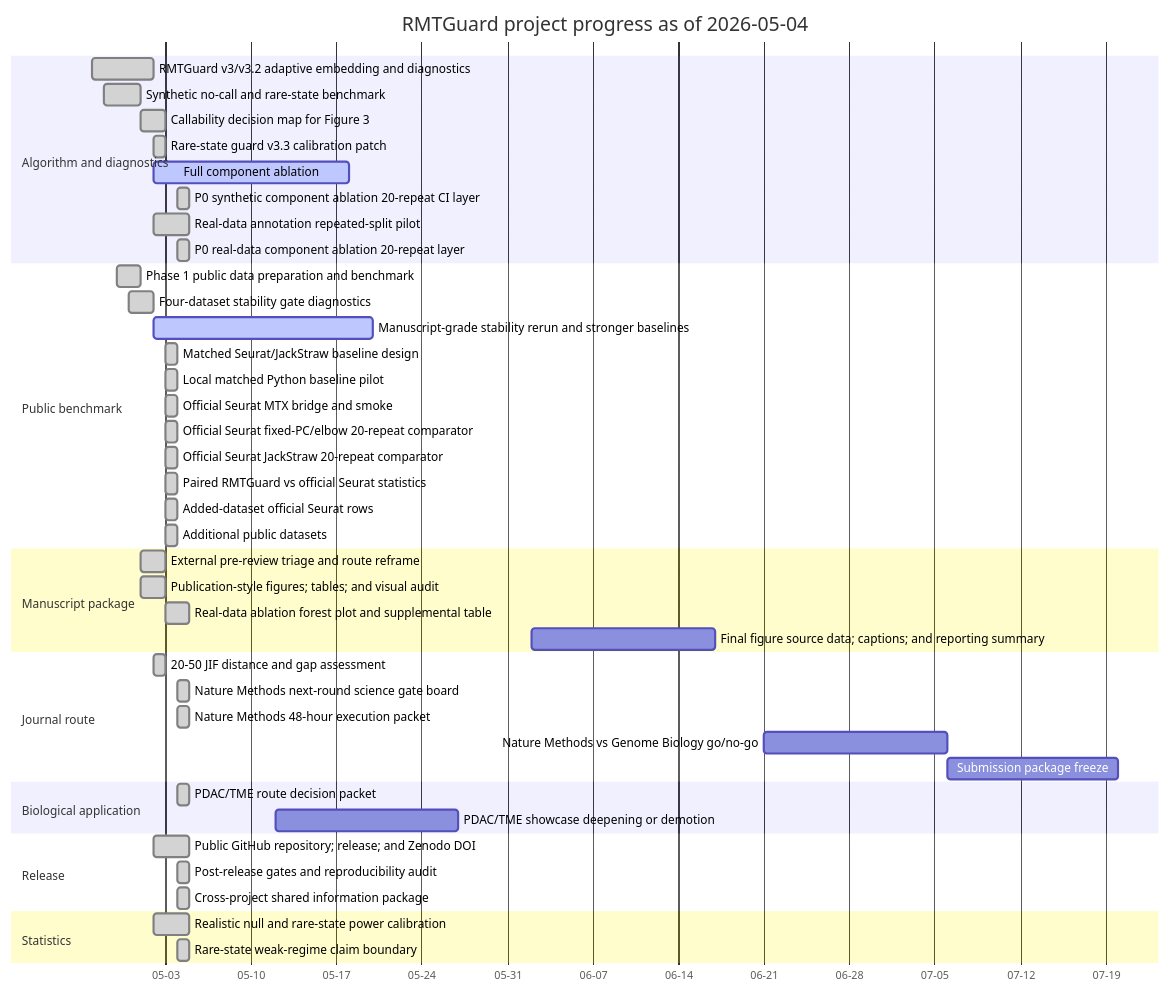
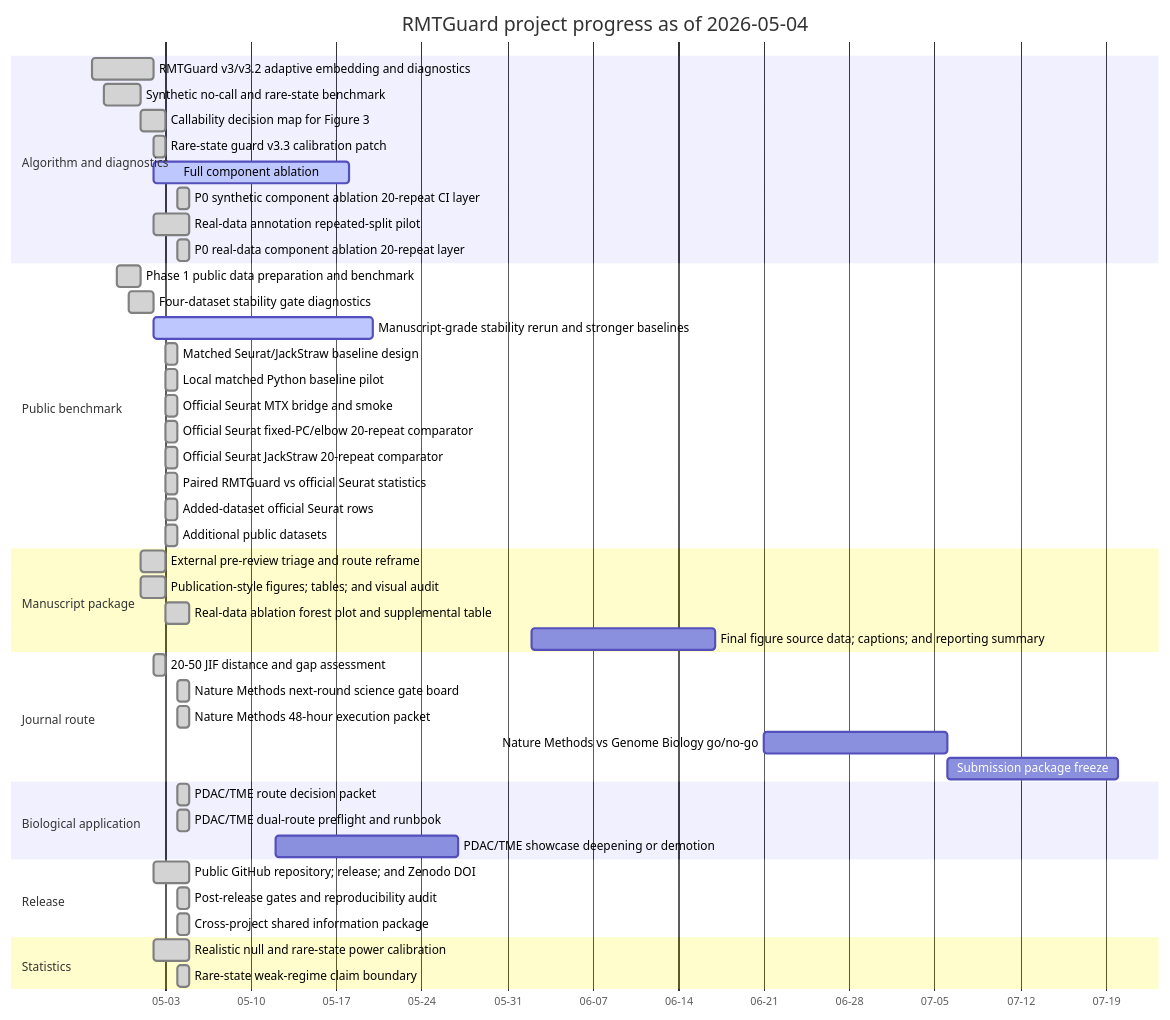
Before and after one commit to healthgreat/rmtguard: the diagram in results/project_management/rmtguard_project_gantt.md, drawn with Mermaid. The commit also changed other lines of this file and 21 other files, not shown here.

Commit message:
Add PDAC TME dual route preflight

````diff
--- a/results/project_management/rmtguard_project_gantt.md
+++ b/results/project_management/rmtguard_project_gantt.md
@@ -13,48 +13,49 @@
 ```mermaid
 gantt
     title RMTGuard project progress as of 2026-05-04
     dateFormat  YYYY-MM-DD
     axisFormat  %m-%d
     section Algorithm and diagnostics
     RMTGuard v3/v3.2 adaptive embedding and diagnostics :done, T01, 2026-04-27, 5d
     Synthetic no-call and rare-state benchmark :done, T02, 2026-04-28, 3d
     Callability decision map for Figure 3 :done, T03, 2026-05-01, 2d
     Rare-state guard v3.3 calibration patch :done, T04, 2026-05-02, 1d
-    Full component ablation :active, T17, 2026-05-02, 16d
-    P0 synthetic component ablation 20-repeat CI layer :done, T18, 2026-05-04, 1d
-    Real-data annotation repeated-split pilot :done, T19, 2026-05-02, 3d
-    P0 real-data component ablation 20-repeat layer :done, T20, 2026-05-04, 1d
+    Full component ablation :active, T18, 2026-05-02, 16d
+    P0 synthetic component ablation 20-repeat CI layer :done, T19, 2026-05-04, 1d
+    Real-data annotation repeated-split pilot :done, T20, 2026-05-02, 3d
+    P0 real-data component ablation 20-repeat layer :done, T21, 2026-05-04, 1d
     section Public benchmark
     Phase 1 public data preparation and benchmark :done, T05, 2026-04-29, 2d
     Four-dataset stability gate diagnostics :done, T06, 2026-04-30, 2d
-    Manuscript-grade stability rerun and stronger baselines :active, T16, 2026-05-02, 18d
-    Matched Seurat/JackStraw baseline design :done, T22, 2026-05-03, 1d
-    Local matched Python baseline pilot :done, T23, 2026-05-03, 1d
-    Official Seurat MTX bridge and smoke :done, T24, 2026-05-03, 1d
-    Official Seurat fixed-PC/elbow 20-repeat comparator :done, T25, 2026-05-03, 1d
-    Official Seurat JackStraw 20-repeat comparator :done, T26, 2026-05-03, 1d
-    Paired RMTGuard vs official Seurat statistics :done, T27, 2026-05-03, 1d
-    Added-dataset official Seurat rows :done, T28, 2026-05-03, 1d
-    Additional public datasets :done, T30, 2026-05-03, 1d
+    Manuscript-grade stability rerun and stronger baselines :active, T17, 2026-05-02, 18d
+    Matched Seurat/JackStraw baseline design :done, T23, 2026-05-03, 1d
+    Local matched Python baseline pilot :done, T24, 2026-05-03, 1d
+    Official Seurat MTX bridge and smoke :done, T25, 2026-05-03, 1d
+    Official Seurat fixed-PC/elbow 20-repeat comparator :done, T26, 2026-05-03, 1d
+    Official Seurat JackStraw 20-repeat comparator :done, T27, 2026-05-03, 1d
+    Paired RMTGuard vs official Seurat statistics :done, T28, 2026-05-03, 1d
+    Added-dataset official Seurat rows :done, T29, 2026-05-03, 1d
+    Additional public datasets :done, T31, 2026-05-03, 1d
     section Manuscript package
     External pre-review triage and route reframe :done, T07, 2026-05-01, 2d
     Publication-style figures; tables; and visual audit :done, T08, 2026-05-01, 2d
-    Real-data ablation forest plot and supplemental table :done, T21, 2026-05-03, 2d
-    Final figure source data; captions; and reporting summary :T31, 2026-06-02, 15d
+    Real-data ablation forest plot and supplemental table :done, T22, 2026-05-03, 2d
+    Final figure source data; captions; and reporting summary :T32, 2026-06-02, 15d
     section Journal route
     20-50 JIF distance and gap assessment :done, T09, 2026-05-02, 1d
     Nature Methods next-round science gate board :done, T10, 2026-05-04, 1d
     Nature Methods 48-hour execution packet :done, T11, 2026-05-04, 1d
-    Nature Methods vs Genome Biology go/no-go :T34, 2026-06-21, 15d
-    Submission package freeze :T35, 2026-07-06, 14d
+    Nature Methods vs Genome Biology go/no-go :T35, 2026-06-21, 15d
+    Submission package freeze :T36, 2026-07-06, 14d
     section Biological application
     PDAC/TME route decision packet :done, T12, 2026-05-04, 1d
-    PDAC/TME showcase deepening or demotion :T29, 2026-05-12, 15d
+    PDAC/TME dual-route preflight and runbook :done, T13, 2026-05-04, 1d
+    PDAC/TME showcase deepening or demotion :T30, 2026-05-12, 15d
     section Release
-    Public GitHub repository; release; and Zenodo DOI :done, T13, 2026-05-02, 3d
-    Post-release gates and reproducibility audit :done, T32, 2026-05-04, 1d
-    Cross-project shared information package :done, T33, 2026-05-04, 1d
+    Public GitHub repository; release; and Zenodo DOI :done, T14, 2026-05-02, 3d
+    Post-release gates and reproducibility audit :done, T33, 2026-05-04, 1d
+    Cross-project shared information package :done, T34, 2026-05-04, 1d
     section Statistics
-    Realistic null and rare-state power calibration :done, T14, 2026-05-02, 3d
-    Rare-state weak-regime claim boundary :done, T15, 2026-05-04, 1d
+    Realistic null and rare-state power calibration :done, T15, 2026-05-02, 3d
+    Rare-state weak-regime claim boundary :done, T16, 2026-05-04, 1d
 ```
````
